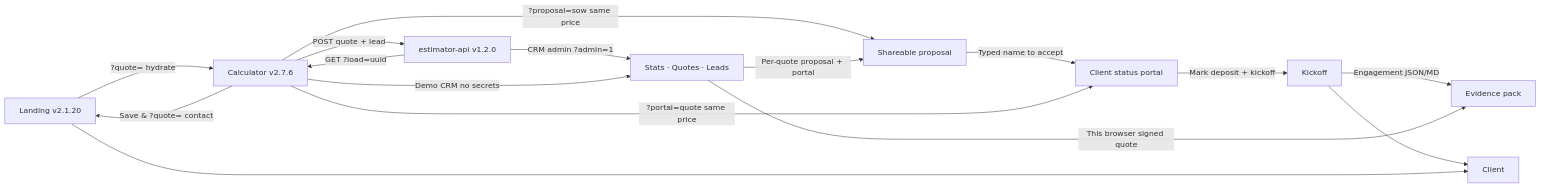
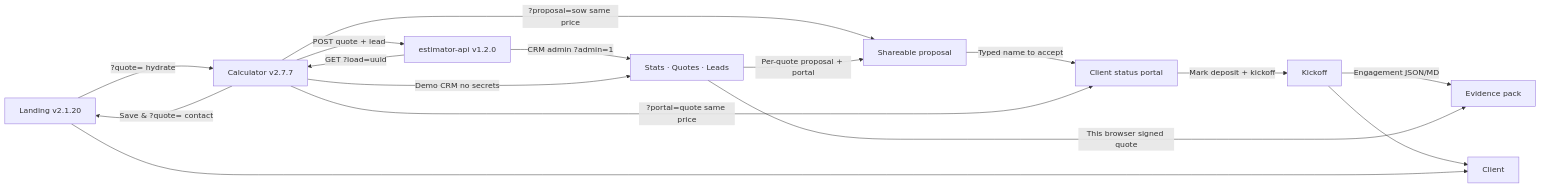
Before and after one commit to pixellayer7-jpg/pixellayer7-jpg: the diagram in README.md, drawn with Mermaid. The commit also changed other lines of this file and 4 other files, not shown here.

````diff
--- a/README.md
+++ b/README.md
@@ -21,18 +21,18 @@
 ```mermaid
 flowchart LR
-  A[Landing v2.1.20] -->|?quote= hydrate| B[Calculator v2.7.6]
+  A[Landing v2.1.20] -->|?quote= hydrate| B[Calculator v2.7.7]
   B -->|Save & ?quote= contact| A
   B -->|?proposal=sow same price| R[Shareable proposal]
   R -->|Typed name to accept| P[Client status portal]
   P -->|Mark deposit + kickoff| K[Kickoff]
   K -->|Engagement JSON/MD| X[Evidence pack]
   B -->|?portal=quote same price| P
   B -->|POST quote + lead| D[estimator-api v1.2.0]
   D -->|CRM admin ?admin=1| E[Stats · Quotes · Leads]
   B -->|Demo CRM no secrets| E
   E -->|This browser signed quote| X
   E -->|Per-quote proposal + portal| R
   K --> F[Client]
   D -->|GET ?load=uuid| B
   A --> F[Client]
 ```
````
